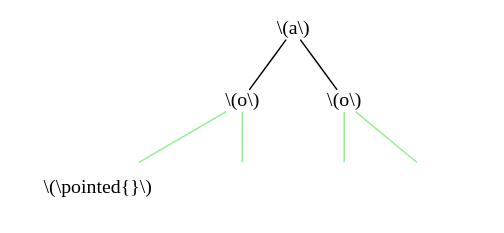
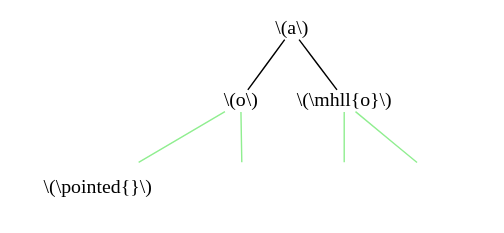
One commit to Larhard/Combinatorial-interpretations-of-holonomic-recurrences changed the diagram in article/images_src/lambda/trees_200/0.dot. Above: the diagram before and after it, drawn with Graphviz. The commit also changed 111 other files, not shown here.

```diff
--- a/article/images_src/lambda/trees_200/0.dot
+++ b/article/images_src/lambda/trees_200/0.dot
@@ -1,16 +1,16 @@
 graph {
 	size="4,4"
 	0 [label="\\(a\\)" shape=plain]
 	1 [label="\\(o\\)" shape=plain]
 	0 -- 1
 	2 [label="\\(\\pointed{}\\)" shape=none]
 	1 -- 2 [color=lightgreen]
 	3 [label="" shape=none]
 	1 -- 3 [color=lightgreen]
-	4 [label="\\(o\\)" shape=plain]
+	4 [label="\\(\\mhll{o}\\)" shape=plain]
 	0 -- 4
 	5 [label="" shape=none]
 	4 -- 5 [color=lightgreen]
 	6 [label="" shape=none]
 	4 -- 6 [color=lightgreen]
 }
```
